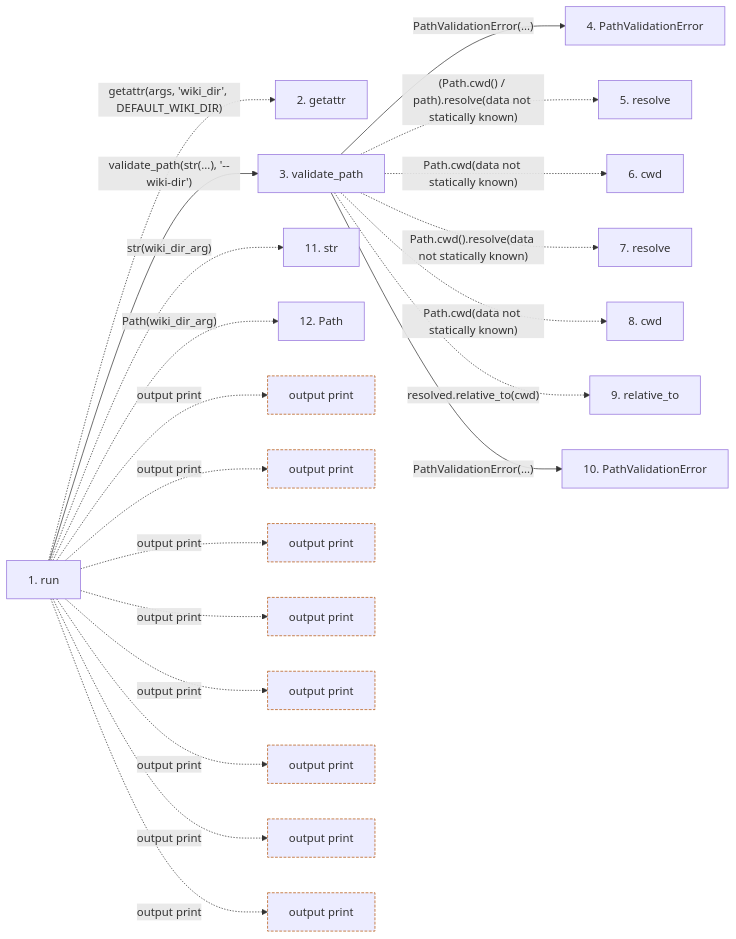
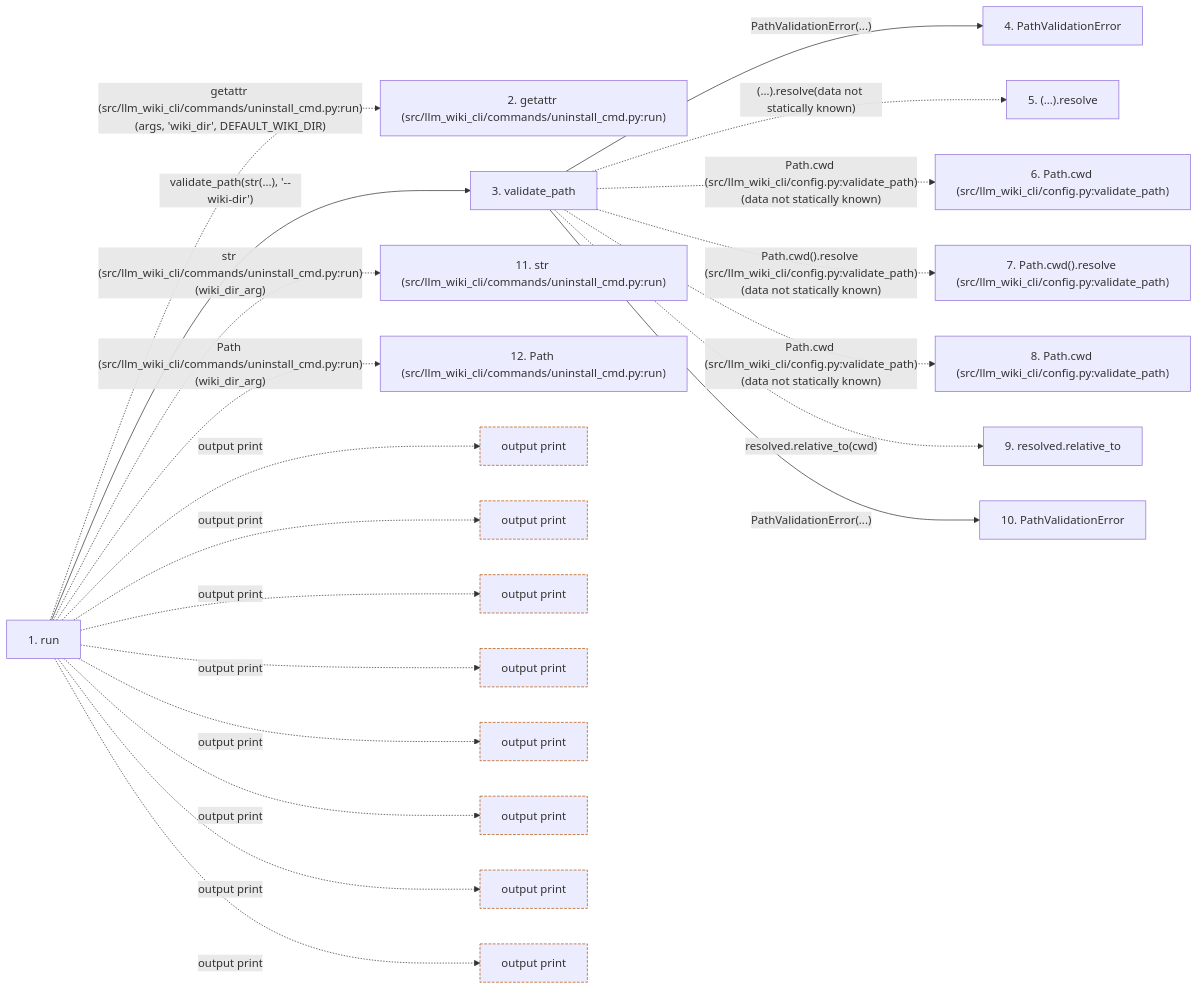
One commit to Denissvgn/python-wiki-llm changed the second of 2 diagrams in docs/llm_wiki/flows/cli-uninstall.md. Above: the diagram before and after it, drawn with Mermaid. The commit also changed other lines of this file and 719 other files, not shown here.

````diff
--- a/docs/llm_wiki/flows/cli-uninstall.md
+++ b/docs/llm_wiki/flows/cli-uninstall.md
@@ -83,55 +88,55 @@
 ```mermaid
 flowchart LR
     s1["1. run"]
-    s2["2. getattr"]
+    s2["2. getattr (src/llm_wiki_cli/commands/uninstall_cmd.py:run)"]
     s3["3. validate_path"]
     s4["4. PathValidationError"]
-    s5["5. resolve"]
-    s6["6. cwd"]
-    s7["7. resolve"]
-    s8["8. cwd"]
-    s9["9. relative_to"]
+    s5["5. (…).resolve"]
+    s6["6. Path.cwd (src/llm_wiki_cli/config.py:validate_path)"]
+    s7["7. Path.cwd().resolve (src/llm_wiki_cli/config.py:validate_path)"]
+    s8["8. Path.cwd (src/llm_wiki_cli/config.py:validate_path)"]
+    s9["9. resolved.relative_to"]
     s10["10. PathValidationError"]
-    s11["11. str"]
-    s12["12. Path"]
-    s1 -. "getattr(args, 'wiki_dir', DEFAULT_WIKI_DIR)" .-> s2
+    s11["11. str (src/llm_wiki_cli/commands/uninstall_cmd.py:run)"]
+    s12["12. Path (src/llm_wiki_cli/commands/uninstall_cmd.py:run)"]
+    s1 -. "getattr (src/llm_wiki_cli/commands/uninstall_cmd.py:run)(args, 'wiki_dir', DEFAULT_WIKI_DIR)" .-> s2
     s1 -->|"validate_path(str(...), '--wiki-dir')"| s3
     s3 -->|"PathValidationError(...)"| s4
-    s3 -. "(Path.cwd() / path).resolve(data not statically known)" .-> s5
-    s3 -. "Path.cwd(data not statically known)" .-> s6
-    s3 -. "Path.cwd().resolve(data not statically known)" .-> s7
-    s3 -. "Path.cwd(data not statically known)" .-> s8
+    s3 -. "(…).resolve(data not statically known)" .-> s5
+    s3 -. "Path.cwd (src/llm_wiki_cli/config.py:validate_path)(data not statically known)" .-> s6
+    s3 -. "Path.cwd().resolve (src/llm_wiki_cli/config.py:validate_path)(data not statically known)" .-> s7
+    s3 -. "Path.cwd (src/llm_wiki_cli/config.py:validate_path)(data not statically known)" .-> s8
     s3 -. "resolved.relative_to(cwd)" .-> s9
     s3 -->|"PathValidationError(...)"| s10
-    s1 -. "str(wiki_dir_arg)" .-> s11
-    s1 -. "Path(wiki_dir_arg)" .-> s12
+    s1 -. "str (src/llm_wiki_cli/commands/uninstall_cmd.py:run)(wiki_dir_arg)" .-> s11
+    s1 -. "Path (src/llm_wiki_cli/commands/uninstall_cmd.py:run)(wiki_dir_arg)" .-> s12
     b0["output print"]
     s1 -. "output print" .-> b0
     b1["output print"]
     s1 -. "output print" .-> b1
     b2["output print"]
     s1 -. "output print" .-> b2
     b3["output print"]
     s1 -. "output print" .-> b3
     b4["output print"]
     s1 -. "output print" .-> b4
     b5["output print"]
     s1 -. "output print" .-> b5
     b6["output print"]
     s1 -. "output print" .-> b6
     b7["output print"]
     s1 -. "output print" .-> b7
     click s1 "../modules/uninstall_cmd.md"
     click s3 "../modules/config.md"
     click s4 "../modules/config.md"
     click s10 "../modules/config.md"
     classDef boundary stroke:#b45309,stroke-dasharray: 4 2
     class b0 boundary
     class b1 boundary
     class b2 boundary
     class b3 boundary
     class b4 boundary
     class b5 boundary
     class b6 boundary
     class b7 boundary
 ```
````
